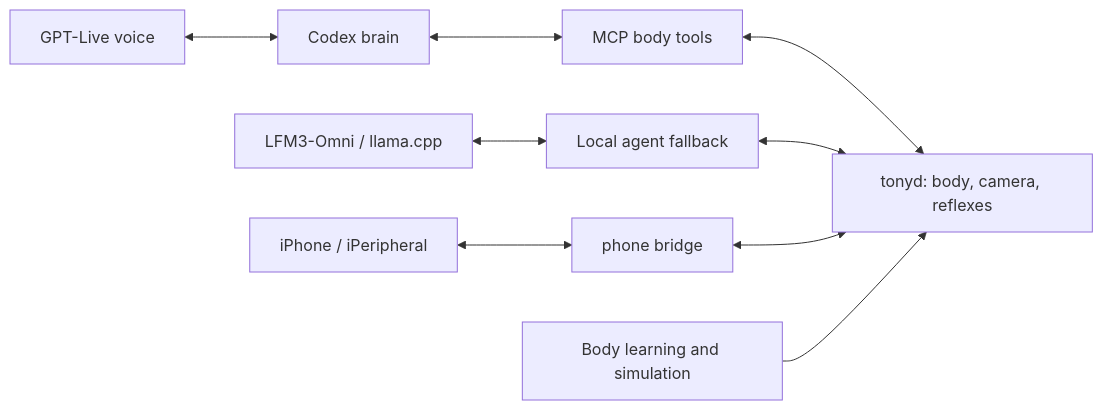
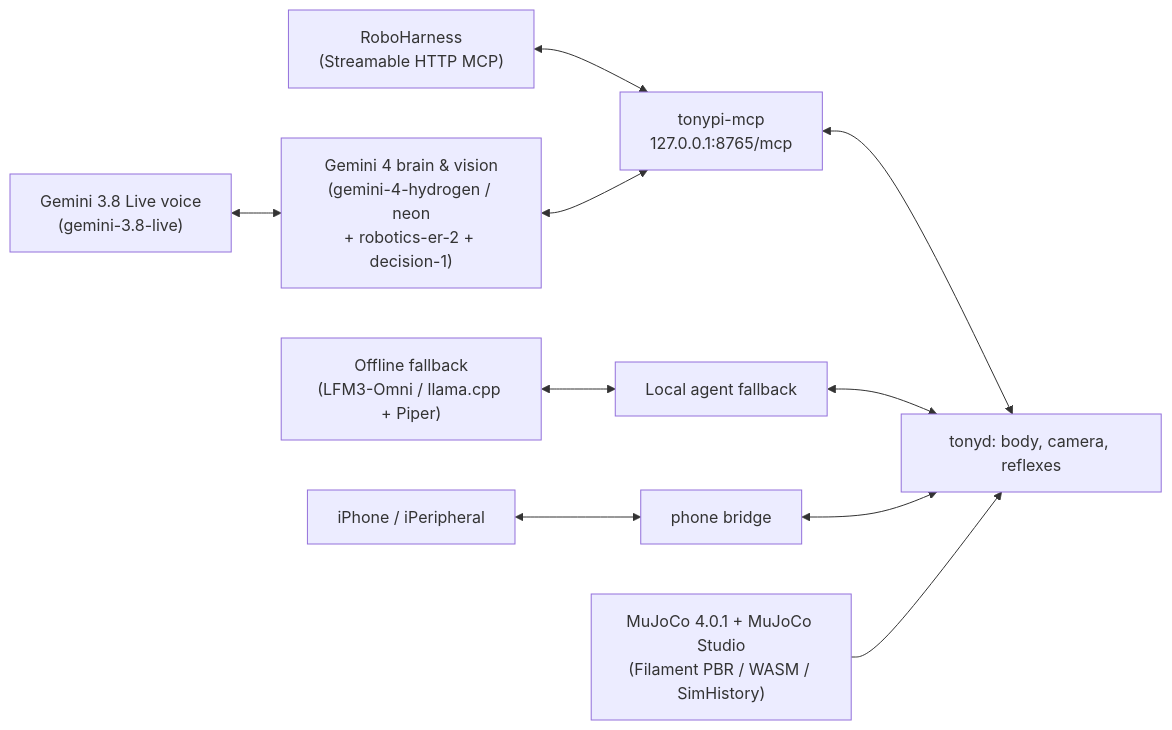
One commit to markeljan/tonypi changed the diagram in README.md. Above: the diagram before and after it, drawn with Mermaid. The commit also changed other lines of this file and 18 other files, not shown here.

Commit message:
Upgrade to MuJoCo 4.0.1 + Studio, Gemini 4 Hydrogen/Robotics-ER-2/Decision-1, Gemini 3.8 Live voice, loopback learning MCP, and macOS CGL (402 tests passing)

````diff
--- a/README.md
+++ b/README.md
@@ -5,11 +5,12 @@
 ```mermaid
 flowchart LR
-  Voice["GPT-Live voice"] <--> Brain["Codex brain"]
-  Brain <--> MCP["MCP body tools"]
-  Local["LFM3-Omni / llama.cpp"] <--> Agent["Local agent fallback"]
+  Voice["Gemini 3.8 Live voice<br/>(gemini-3.8-live)"] <--> Brain["Gemini 4 brain & vision<br/>(gemini-4-hydrogen / neon<br/>+ robotics-er-2 + decision-1)"]
+  RoboHarness["RoboHarness<br/>(Streamable HTTP MCP)"] <--> MCP["tonypi-mcp<br/>127.0.0.1:8765/mcp"]
+  Brain <--> MCP
+  Local["Offline fallback<br/>(LFM3-Omni / llama.cpp + Piper)"] <--> Agent["Local agent fallback"]
   MCP <--> Body["tonyd: body, camera, reflexes"]
   Agent <--> Body
   Phone["iPhone / iPeripheral"] <--> Bridge["phone bridge"]
   Bridge <--> Body
-  Learning["Body learning and simulation"] --> Body
+  Studio["MuJoCo 4.0.1 + MuJoCo Studio<br/>(Filament PBR / WASM / SimHistory)"] --> Body
 ```
````
